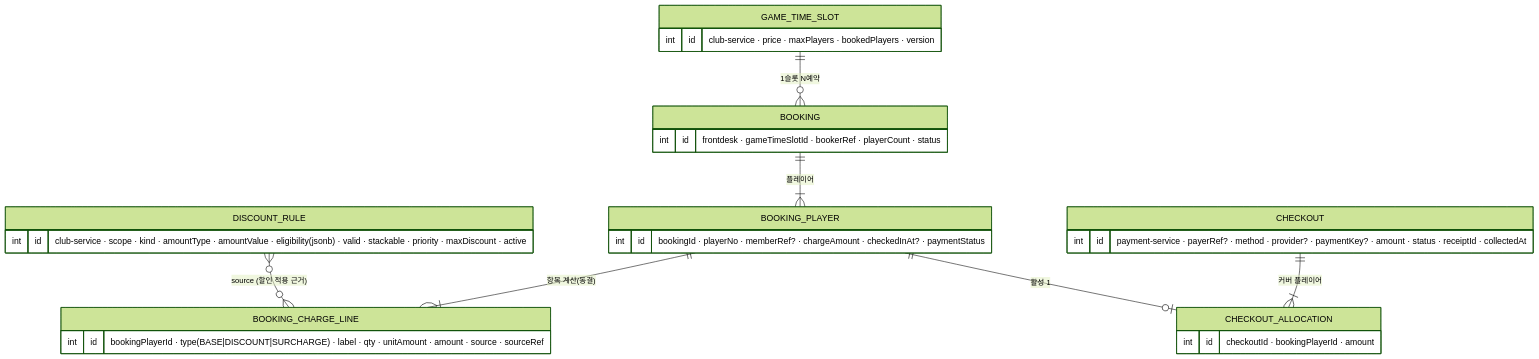
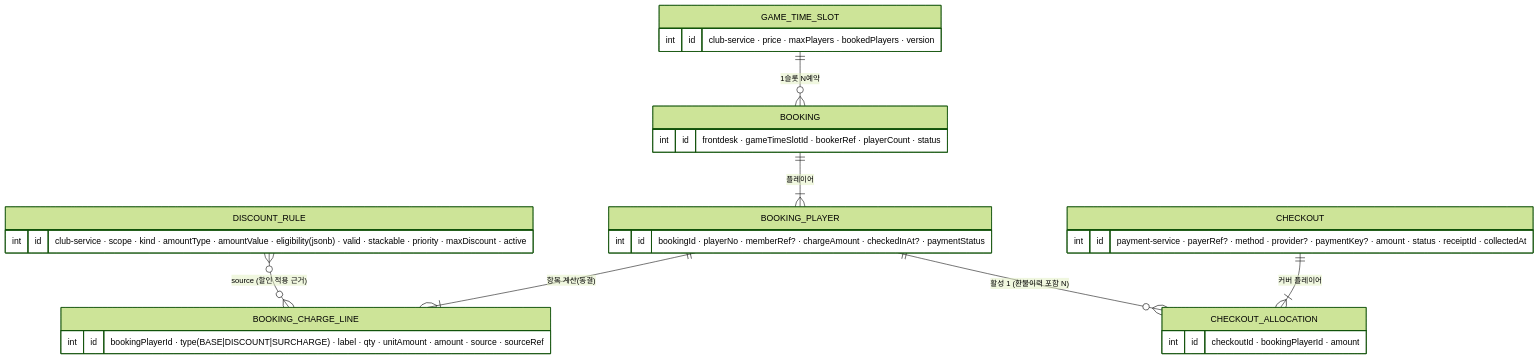
The diagram in docs/specs/active/UNI-114-pricing-checkout.md (uniyous/parkgolf-platform), drawn with Mermaid (forest theme) before and after one commit. The commit also changed other lines of this file, not shown here.

Commit message:
docs(spec): allocation 카디널리티·활성유일 강제 방식 명확화 (UNI-114 리뷰)

````diff
--- a/docs/specs/active/UNI-114-pricing-checkout.md
+++ b/docs/specs/active/UNI-114-pricing-checkout.md
@@ -24,17 +24,17 @@
 ```mermaid
 erDiagram
   GAME_TIME_SLOT ||--o{ BOOKING : "1슬롯 N예약"
   BOOKING ||--|{ BOOKING_PLAYER : "플레이어"
   BOOKING_PLAYER ||--|{ BOOKING_CHARGE_LINE : "항목 계산(동결)"
   CHECKOUT ||--|{ CHECKOUT_ALLOCATION : "커버 플레이어"
-  BOOKING_PLAYER ||--o| CHECKOUT_ALLOCATION : "활성 1"
+  BOOKING_PLAYER ||--o{ CHECKOUT_ALLOCATION : "활성 1 (환불이력 포함 N)"
   DISCOUNT_RULE }o--o{ BOOKING_CHARGE_LINE : "source (할인 적용 근거)"
 
   GAME_TIME_SLOT { int id "club-service · price · maxPlayers · bookedPlayers · version" }
   BOOKING { int id "frontdesk · gameTimeSlotId · bookerRef · playerCount · status" }
   BOOKING_PLAYER { int id "bookingId · playerNo · memberRef? · chargeAmount · checkedInAt? · paymentStatus" }
   BOOKING_CHARGE_LINE { int id "bookingPlayerId · type(BASE|DISCOUNT|SURCHARGE) · label · qty · unitAmount · amount · source · sourceRef" }
   DISCOUNT_RULE { int id "club-service · scope · kind · amountType · amountValue · eligibility(jsonb) · valid · stackable · priority · maxDiscount · active" }
   CHECKOUT { int id "payment-service · payerRef? · method · provider? · paymentKey? · amount · status · receiptId · collectedAt" }
   CHECKOUT_ALLOCATION { int id "checkoutId · bookingPlayerId · amount" }
 ```
````
